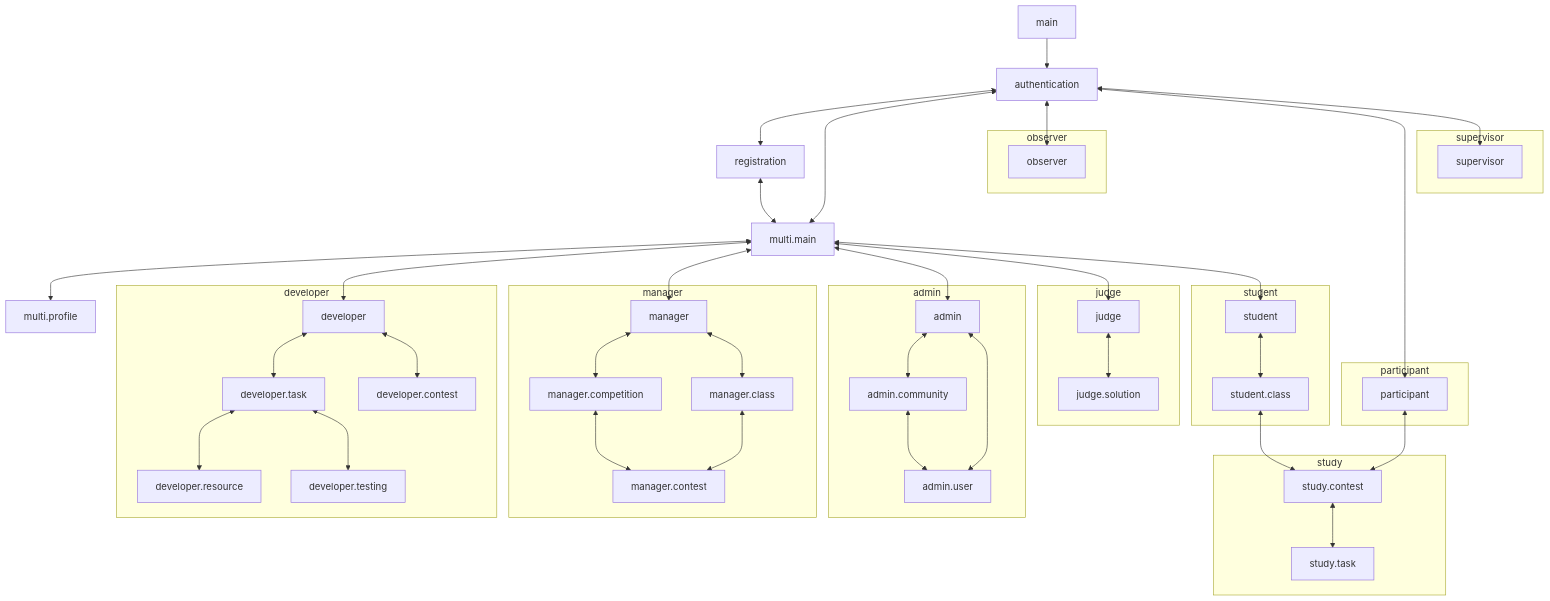
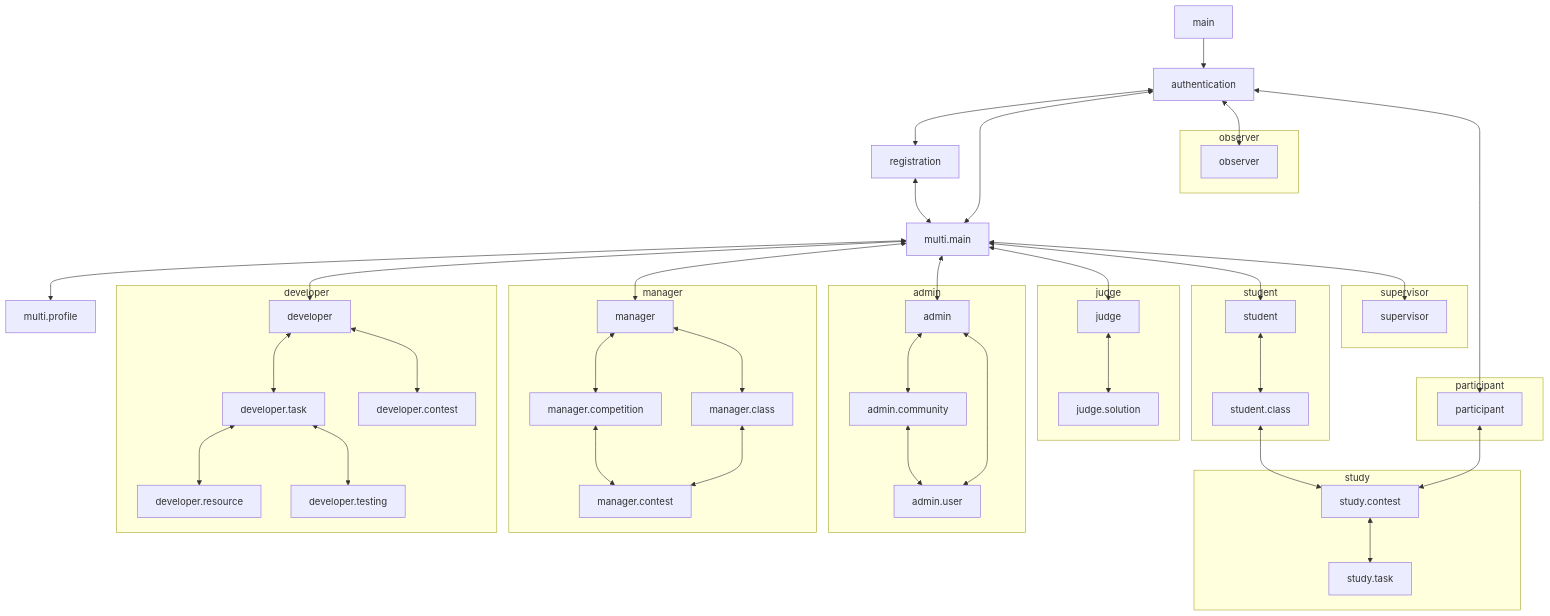
One commit to trik-testsys/testsys-app changed the diagram in docs/domain/features.md. Above: the diagram before and after it, drawn with Mermaid. The commit also changed other lines of this file and 105 other files, not shown here.

```diff
--- a/docs/domain/features.md
+++ b/docs/domain/features.md
@@ -3927,7 +3916,6 @@
     Login<-->MultiMain;
     Login<-->Observer;
     Login<-->Participant;
-    Login<-->Supervisor;
 
     Registration<-->MultiMain;
 
@@ -3937,6 +3925,7 @@
     MultiMain<-->Admin;
     MultiMain<-->Judge;
     MultiMain<-->Student;
+    MultiMain<-->Supervisor;
     
     subgraph developer
         Developer<-->DeveloperTask;
```
